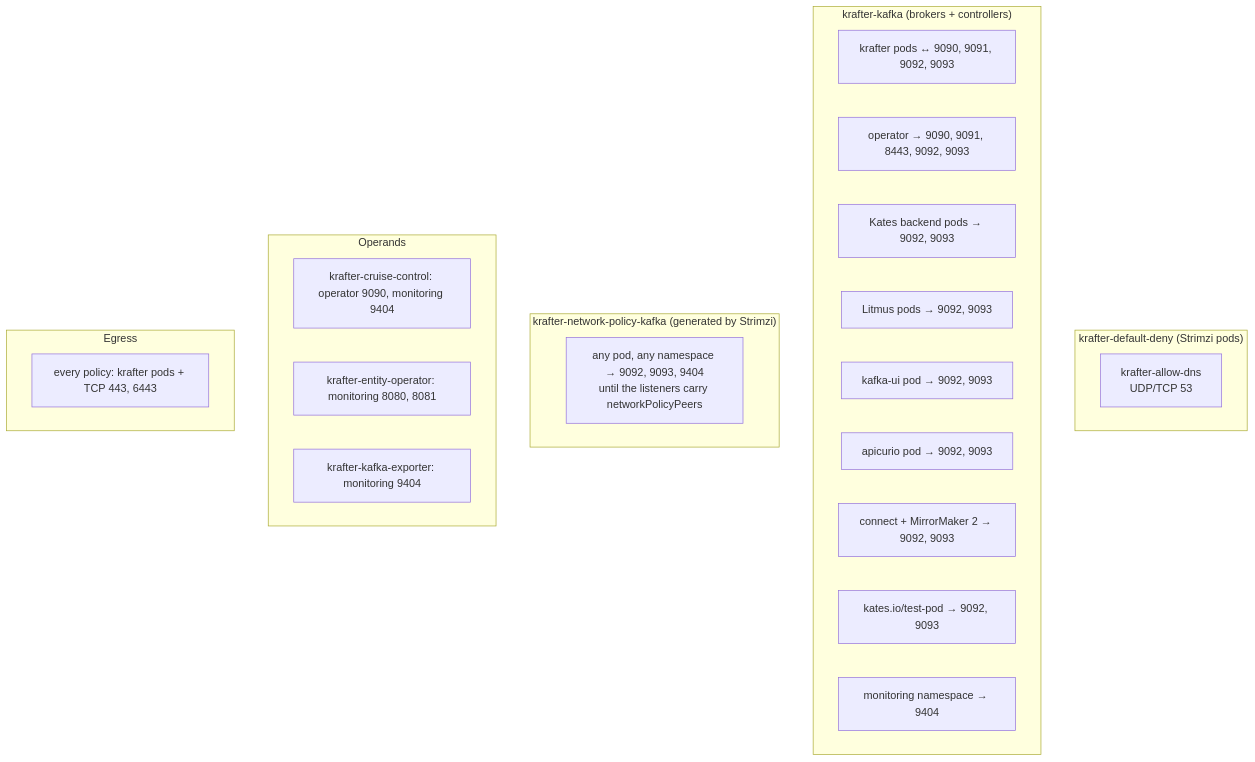
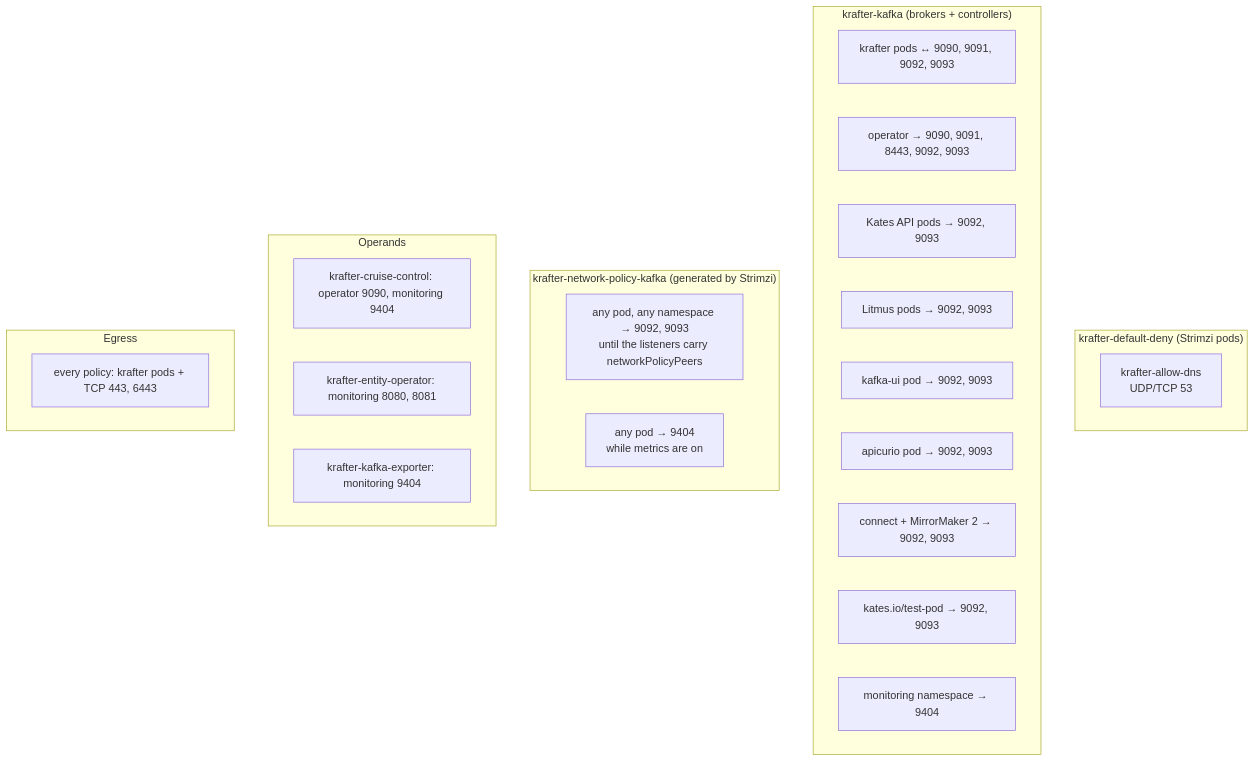
The fifth of 6 diagrams in docs/book/17-security.md (actions-marketplace-validations/bmscomp_kates), drawn with Mermaid before and after one commit. The commit also changed other lines of this file and 5 other files, not shown here.

First line of the commit message:
docs(book): one home for NetworkPolicy additivity, and the Kates API's name in Parts IV and V (#227)

````diff
--- a/docs/book/17-security.md
+++ b/docs/book/17-security.md
@@ -527,32 +551,33 @@
 ```mermaid
 graph TD
     subgraph Default["krafter-default-deny (Strimzi pods)"]
         DNS["krafter-allow-dns<br/>UDP/TCP 53"]
     end
 
     subgraph Kafka["krafter-kafka (brokers + controllers)"]
         B0["krafter pods ↔ 9090, 9091, 9092, 9093"]
         B1["operator → 9090, 9091, 8443, 9092, 9093"]
-        B2["Kates backend pods → 9092, 9093"]
+        B2["Kates API pods → 9092, 9093"]
         B3["Litmus pods → 9092, 9093"]
         B4["kafka-ui pod → 9092, 9093"]
         B5["apicurio pod → 9092, 9093"]
         B6["connect + MirrorMaker 2 → 9092, 9093"]
         B7["kates.io/test-pod → 9092, 9093"]
         B8["monitoring namespace → 9404"]
     end
 
     subgraph Generated["krafter-network-policy-kafka (generated by Strimzi)"]
-        G1["any pod, any namespace → 9092, 9093, 9404<br/>until the listeners carry networkPolicyPeers"]
+        G1["any pod, any namespace → 9092, 9093<br/>until the listeners carry networkPolicyPeers"]
+        G2["any pod → 9404<br/>while metrics are on"]
     end
 
     subgraph Operands
         O1["krafter-cruise-control: operator 9090, monitoring 9404"]
         O2["krafter-entity-operator: monitoring 8080, 8081"]
         O3["krafter-kafka-exporter: monitoring 9404"]
     end
 
     subgraph Egress
         E1["every policy: krafter pods + TCP 443, 6443"]
     end
 ```
````
